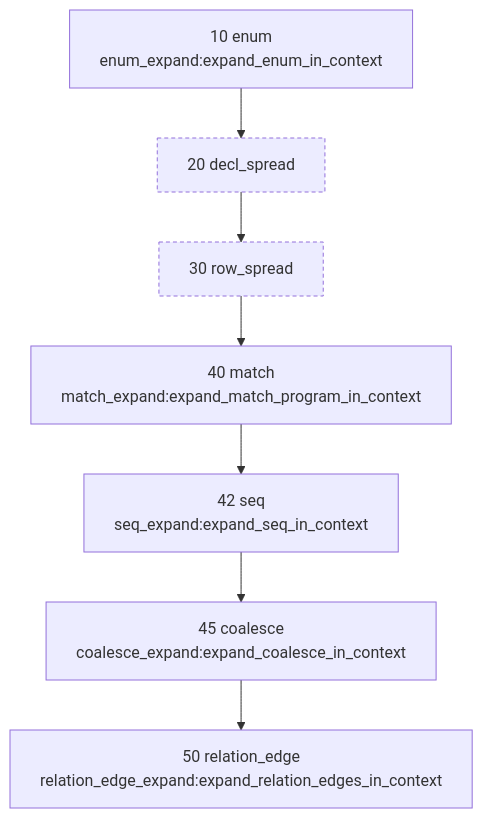
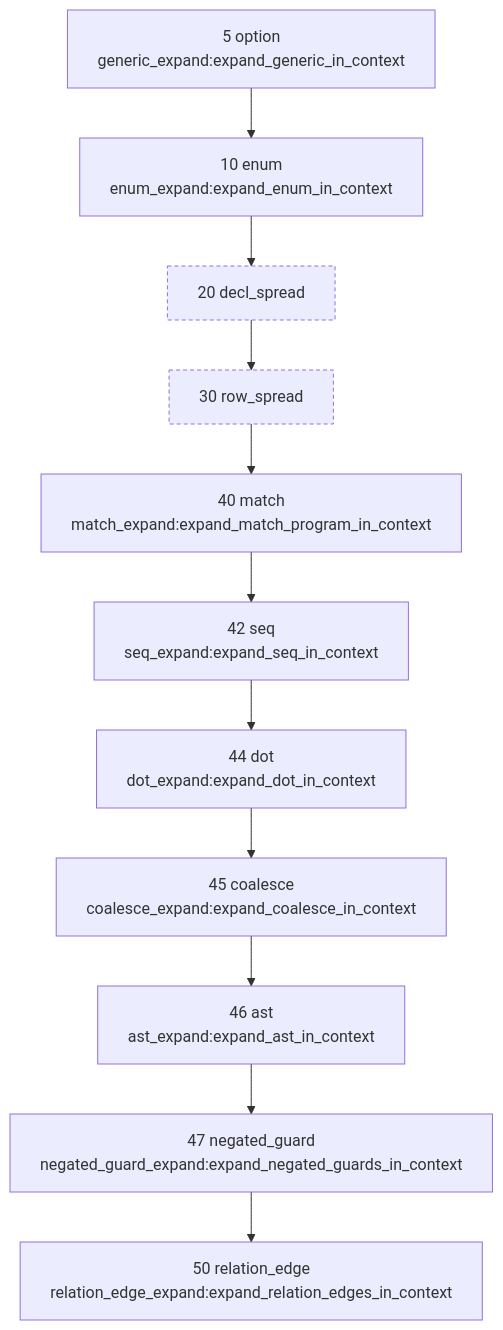
One commit to hafley66/sprefa changed the first of 4 diagrams in v6/ARCH-MAP.md. Above: the diagram before and after it, drawn with Mermaid. The commit also changed other lines of this file and 1 other file, not shown here.

````diff
--- a/v6/ARCH-MAP.md
+++ b/v6/ARCH-MAP.md
@@ -12,19 +12,27 @@
 ```mermaid
 flowchart TD
+  ph_option["5 option<br/>generic_expand:expand_generic_in_context"]
   ph_enum["10 enum<br/>enum_expand:expand_enum_in_context"]
   ph_decl_spread["20 decl_spread"]
   ph_row_spread["30 row_spread"]
   ph_match["40 match<br/>match_expand:expand_match_program_in_context"]
   ph_seq["42 seq<br/>seq_expand:expand_seq_in_context"]
+  ph_dot["44 dot<br/>dot_expand:expand_dot_in_context"]
   ph_coalesce["45 coalesce<br/>coalesce_expand:expand_coalesce_in_context"]
+  ph_ast["46 ast<br/>ast_expand:expand_ast_in_context"]
+  ph_negated_guard["47 negated_guard<br/>negated_guard_expand:expand_negated_guards_in_context"]
   ph_relation_edge["50 relation_edge<br/>relation_edge_expand:expand_relation_edges_in_context"]
+  ph_option --> ph_enum
   ph_enum --> ph_decl_spread
   ph_decl_spread --> ph_row_spread
   ph_row_spread --> ph_match
   ph_match --> ph_seq
-  ph_seq --> ph_coalesce
-  ph_coalesce --> ph_relation_edge
+  ph_seq --> ph_dot
+  ph_dot --> ph_coalesce
+  ph_coalesce --> ph_ast
+  ph_ast --> ph_negated_guard
+  ph_negated_guard --> ph_relation_edge
   classDef slot stroke-dasharray: 4 3
   class ph_decl_spread slot
   class ph_row_spread slot
 ```
````
